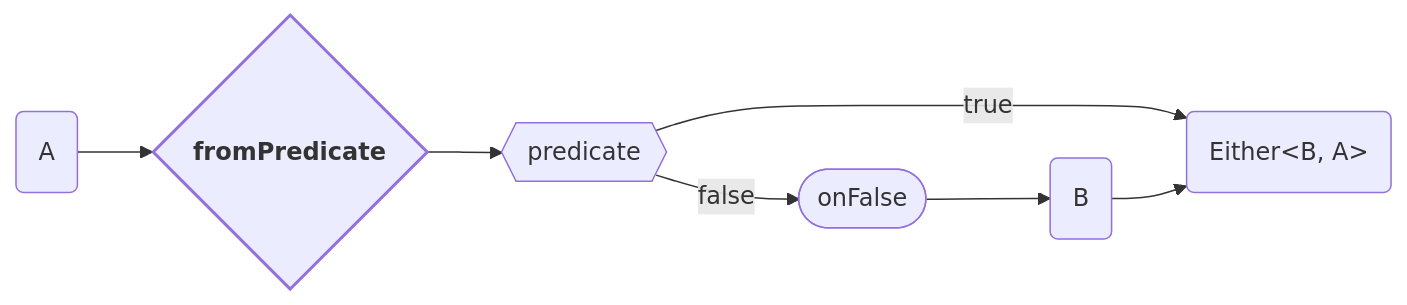
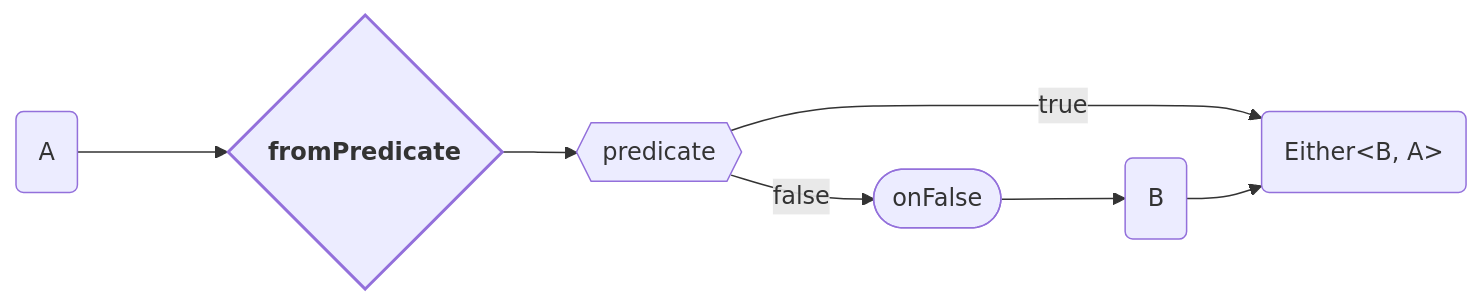
The third of 9 diagrams in Either.md (adamjosefus/fp-ts-examples), drawn with Mermaid before and after one commit. The commit also changed other lines of this file, not shown here.

````diff
--- a/Either.md
+++ b/Either.md
@@ -102,19 +191,19 @@
 ```mermaid
 flowchart LR
     style fromPredicate stroke-width: 2px
 
     input( A )
     fromPredicate{ <b>fromPredicate</b> }
     predicate{{ predicate }}
     onFalse([ onFalse ])
     leftValue( B )
     output( Either<<span>B, A</span>> )
 
-    input --> fromPredicate
+    input ---> fromPredicate
     fromPredicate --> predicate
     predicate --> | true | output
     predicate --> | false | onFalse
     onFalse --> leftValue
     leftValue --> output
     
 ```
````
